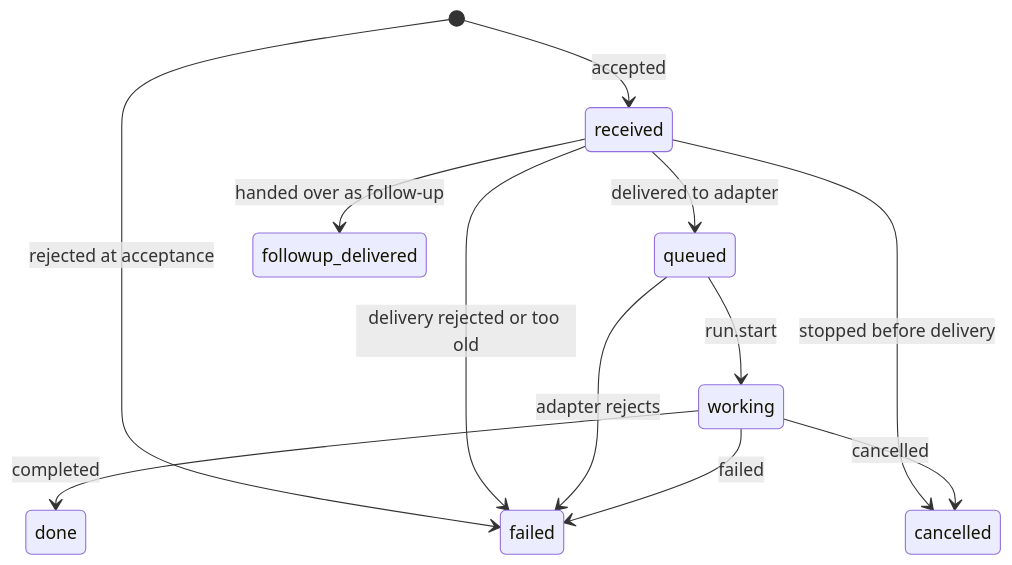
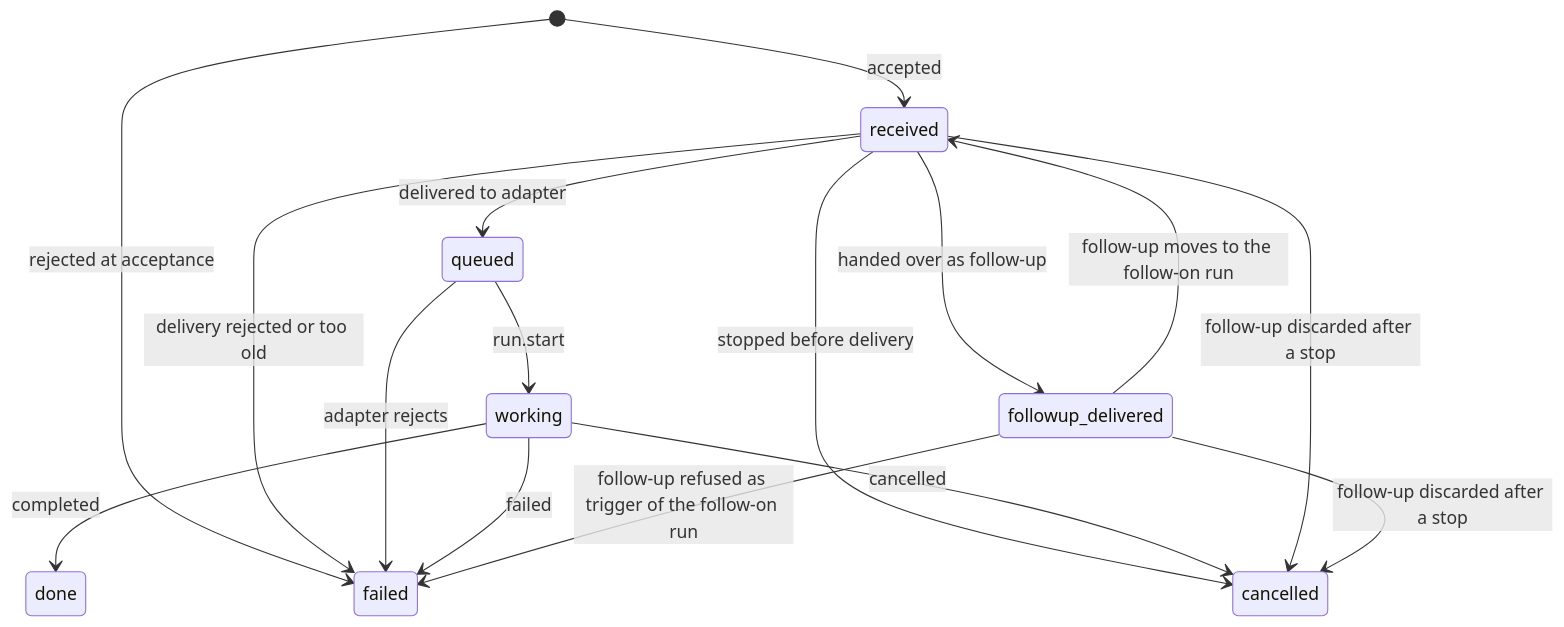
One commit to mguttmann/bothy changed the fourth of 7 diagrams in docs/spec/09-agents.md. Above: the diagram before and after it, drawn with Mermaid. The commit also changed other lines of this file and 88 other files, not shown here.

First line of the commit message:
feat(runs): follow-ups with steer and queue, run end and follow-on run (M2-11) (#284)

````diff
--- a/docs/spec/09-agents.md
+++ b/docs/spec/09-agents.md
@@ -952,14 +952,18 @@
 ```mermaid
 stateDiagram-v2
     [*] --> received: accepted
     [*] --> failed: rejected at acceptance
     received --> queued: delivered to adapter
     received --> failed: delivery rejected or too old
     received --> cancelled: stopped before delivery
     queued --> working: run.start
     queued --> failed: adapter rejects
     working --> done: completed
     working --> failed: failed
     working --> cancelled: cancelled
     received --> followup_delivered: handed over as follow-up
+    followup_delivered --> received: follow-up moves to the follow-on run
+    followup_delivered --> failed: follow-up refused as trigger of the follow-on run
+    received --> cancelled: follow-up discarded after a stop
+    followup_delivered --> cancelled: follow-up discarded after a stop
 ```
````
